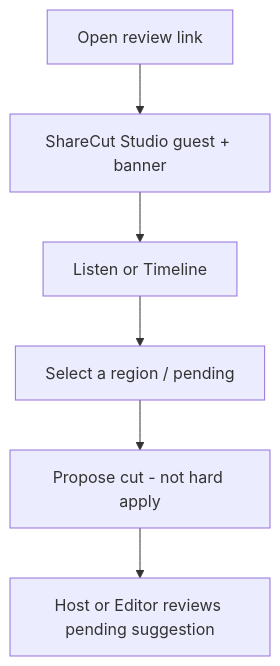
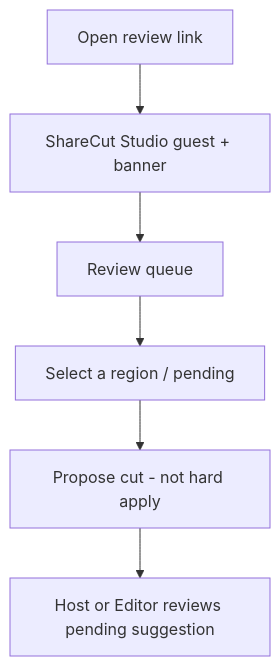
Before and after one commit to calebn/sharecut-studio: the second of 6 diagrams in ux/pages/guest-journeys.md, drawn with Mermaid. The commit also changed other lines of this file and 8 other files, not shown here.

````diff
--- a/ux/pages/guest-journeys.md
+++ b/ux/pages/guest-journeys.md
@@ -69,8 +69,8 @@
 ```mermaid
 flowchart TD
   open[Open review link] --> daw[ShareCut Studio guest + banner]
-  daw --> listen[Listen or Timeline]
+  daw --> listen[Review queue]
   listen --> select[Select a region / pending]
   select --> propose[Propose cut - not hard apply]
   propose --> host[Host or Editor reviews pending suggestion]
 ```
````
